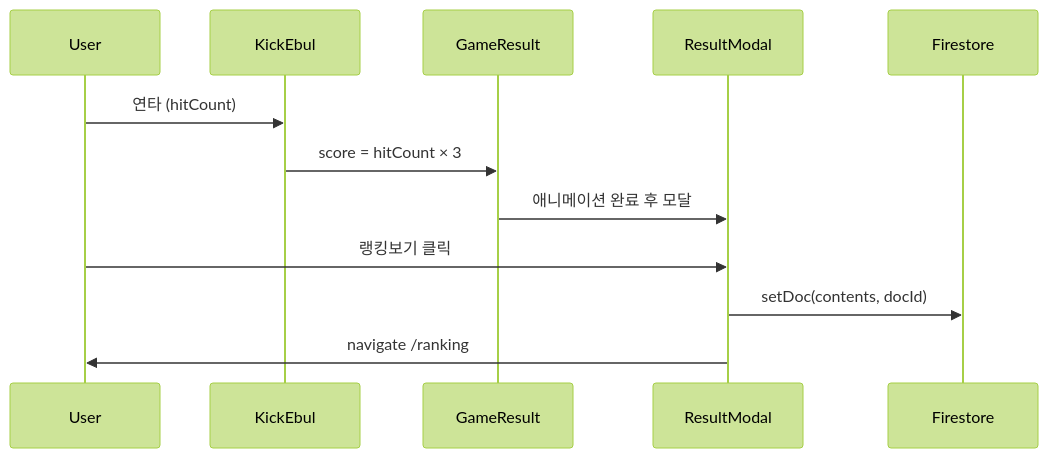
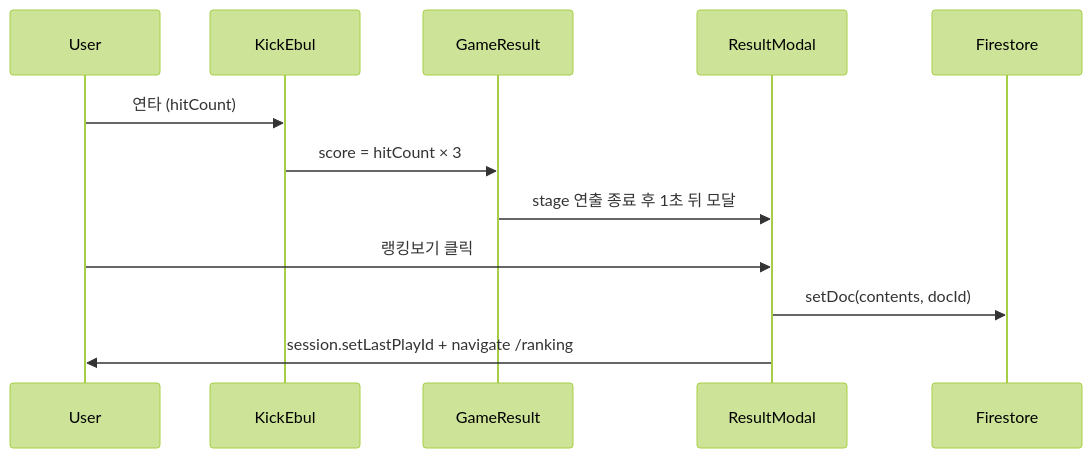
Before and after one commit to nemobim/ebul_kcik: the second of 2 diagrams in docs/ARCHITECTURE.md, drawn with Mermaid (forest theme). The commit also changed other lines of this file and 6 other files, not shown here.

````diff
--- a/docs/ARCHITECTURE.md
+++ b/docs/ARCHITECTURE.md
@@ -230,15 +247,15 @@
 ```mermaid
 sequenceDiagram
     participant User
     participant KickEbul
     participant GameResult
     participant ResultModal
     participant Firestore
 
     User->>KickEbul: 연타 (hitCount)
     KickEbul->>GameResult: score = hitCount × 3
-    GameResult->>ResultModal: 애니메이션 완료 후 모달
+    GameResult->>ResultModal: stage 연출 종료 후 1초 뒤 모달
     User->>ResultModal: 랭킹보기 클릭
     ResultModal->>Firestore: setDoc(contents, docId)
-    ResultModal->>User: navigate /ranking
+    ResultModal->>User: session.setLastPlayId + navigate /ranking
 ```
````
